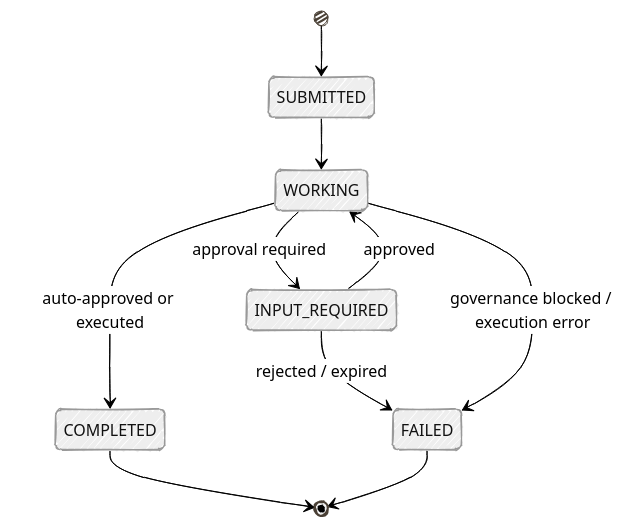
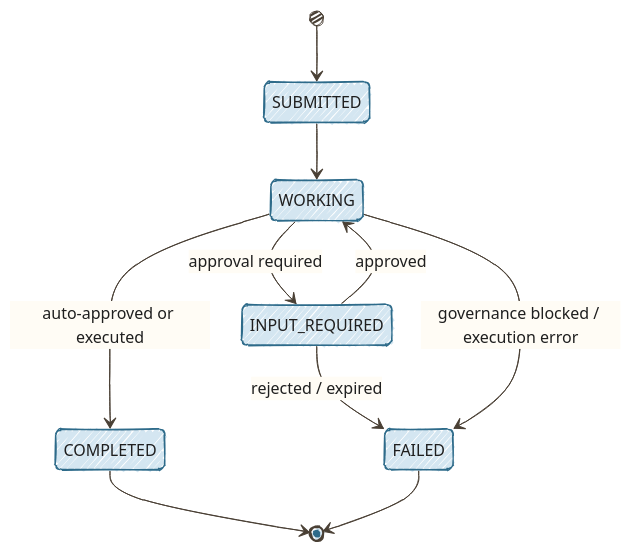
Before and after one commit to danieloh30/governed-agent-platform: the second of 2 diagrams in docs/tutorials/04-multi-agent-governance.md, drawn with Mermaid. The commit also changed other lines of this file and 14 other files, not shown here.

Commit message:
Improve Mermaid readability in light and dark modes

````diff
--- a/docs/tutorials/04-multi-agent-governance.md
+++ b/docs/tutorials/04-multi-agent-governance.md
@@ -240,13 +240,13 @@
 ```mermaid
-%%{init: {'look':'handDrawn','theme':'neutral','themeVariables': {'lineColor':'#4A4035'}}}%%
+%%{init: {"look":"handDrawn","theme":"base","themeVariables":{"darkMode":false,"background":"#FFFCF5","primaryColor":"#D4E6F1","primaryBorderColor":"#2E6B8A","primaryTextColor":"#1F1F1F","secondaryColor":"#D8F0D8","secondaryTextColor":"#1F1F1F","tertiaryColor":"#E8DCC4","tertiaryTextColor":"#1F1F1F","textColor":"#1F1F1F","lineColor":"#4A4035","edgeLabelBackground":"#FFFCF5","clusterBkg":"#F5F5F0","clusterBorder":"#6B5B45","fontSize":"16px","actorBkg":"#D4E6F1","actorBorder":"#2E6B8A","actorTextColor":"#1F1F1F","actorLineColor":"#6B5B45","signalColor":"#4A4035","signalTextColor":"#1F1F1F"},"flowchart":{"nodeSpacing":35,"rankSpacing":55,"padding":18}}}%%
 stateDiagram-v2
     [*] --> SUBMITTED
     SUBMITTED --> WORKING
     WORKING --> INPUT_REQUIRED: approval required
     INPUT_REQUIRED --> WORKING: approved
     INPUT_REQUIRED --> FAILED: rejected / expired
     WORKING --> COMPLETED: auto-approved or executed
     WORKING --> FAILED: governance blocked / execution error
     COMPLETED --> [*]
     FAILED --> [*]
 ```
````
